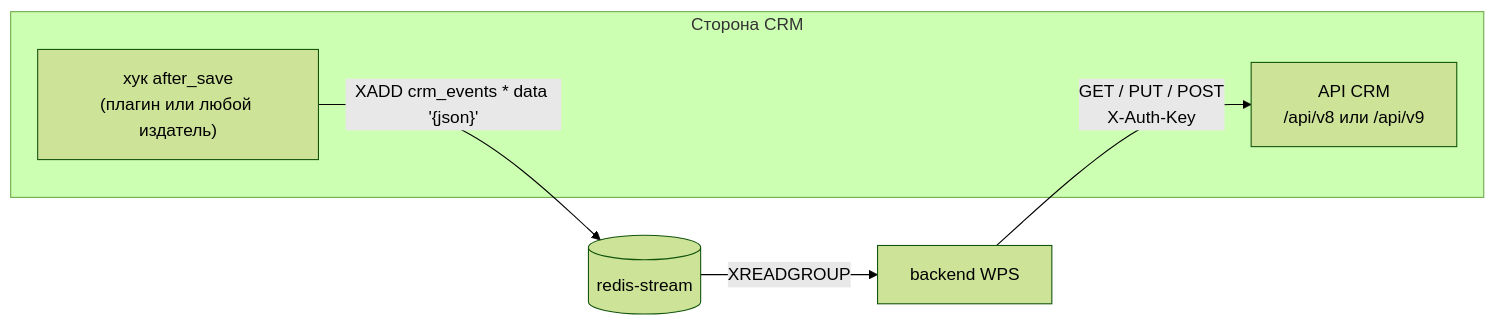
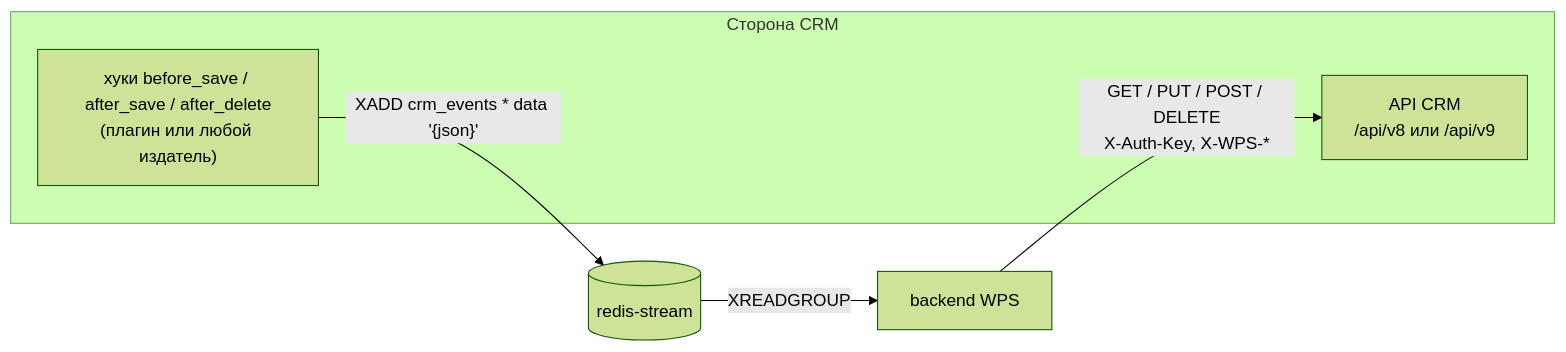
One commit to madarch-labs/Workflow-Processing-Service changed the diagram in doc/ru/04-operations/crm-integration.md. Above: the diagram before and after it, drawn with Mermaid (forest theme). The commit also changed other lines of this file and 470 other files, not shown here.

````diff
--- a/doc/ru/04-operations/crm-integration.md
+++ b/doc/ru/04-operations/crm-integration.md
@@ -11,10 +11,10 @@
 ```mermaid
 flowchart LR
     subgraph Сторона CRM
-        hook["хук after_save<br/>(плагин или любой издатель)"]
+        hook["хуки before_save / after_save / after_delete<br/>(плагин или любой издатель)"]
         api["API CRM<br/>/api/v8 или /api/v9"]
     end
     hook -->|"XADD crm_events * data '{json}'"| rs[(redis-stream)]
     rs -->|XREADGROUP| wps[backend WPS]
-    wps -->|"GET / PUT / POST<br/>X-Auth-Key"| api
+    wps -->|"GET / PUT / POST / DELETE<br/>X-Auth-Key, X-WPS-*"| api
 ```
````
